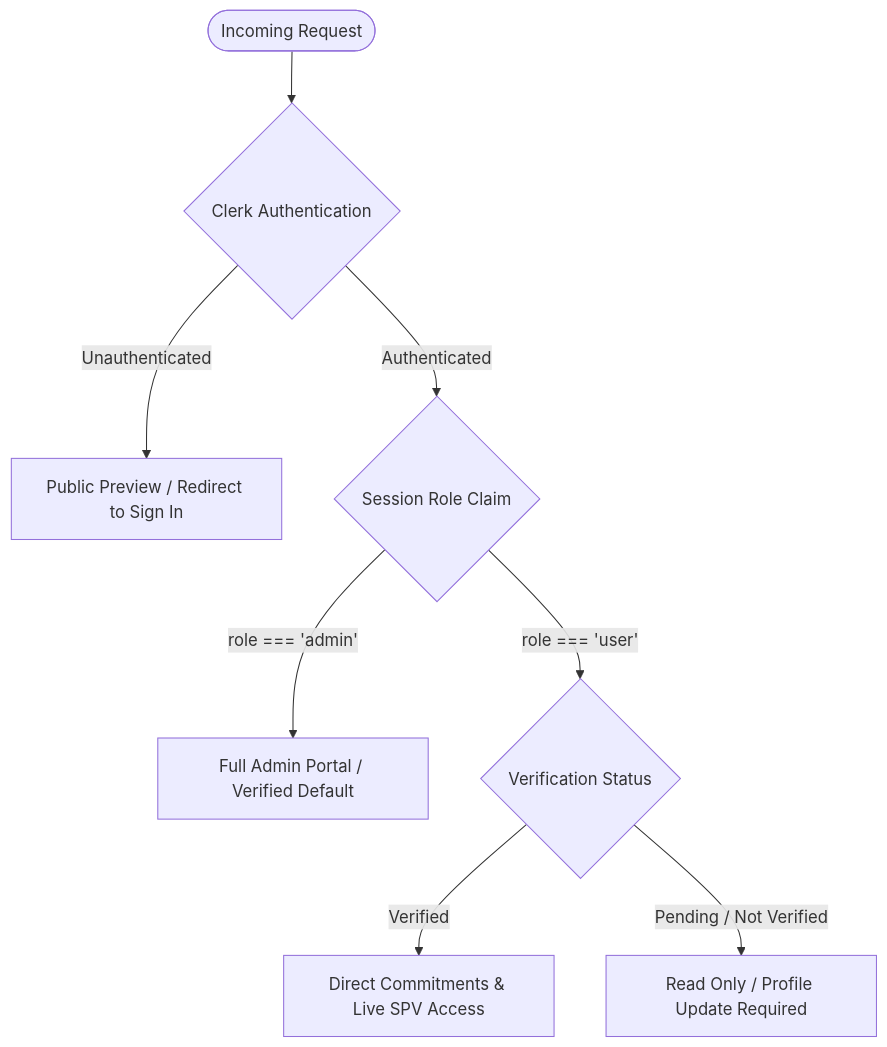
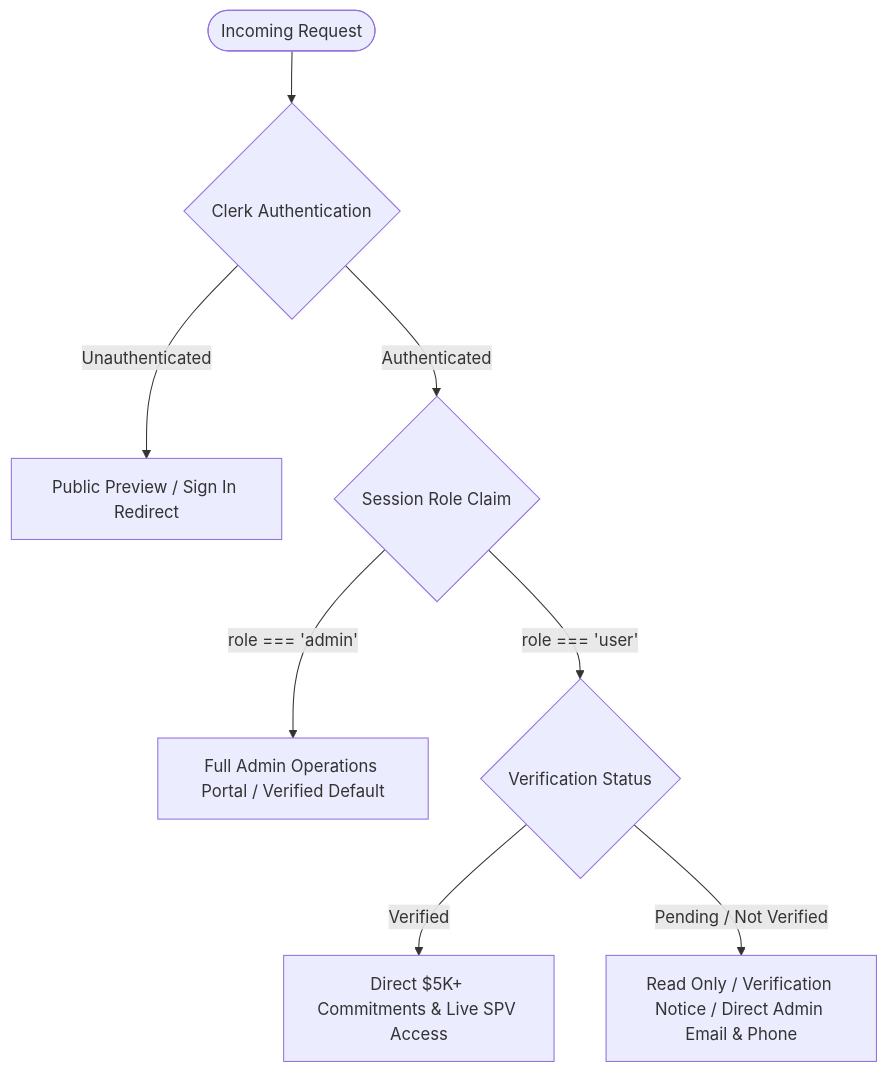
The first of 2 diagrams in DOCUMENTATION.md (apexkrishbackend/apexkrishcapital), drawn with Mermaid before and after one commit. The commit also changed other lines of this file and 1 other file, not shown here.

````diff
--- a/DOCUMENTATION.md
+++ b/DOCUMENTATION.md
@@ -159,10 +240,10 @@
 ```mermaid
 flowchart TD
     User([Incoming Request]) --> AuthGuard{Clerk Authentication}
-    AuthGuard -- Unauthenticated --> PublicView[Public Preview / Redirect to Sign In]
+    AuthGuard -- Unauthenticated --> PublicView[Public Preview / Sign In Redirect]
     AuthGuard -- Authenticated --> ClaimCheck{Session Role Claim}
-    ClaimCheck -- role === 'admin' --> AdminAccess[Full Admin Portal / Verified Default]
+    ClaimCheck -- role === 'admin' --> AdminAccess[Full Admin Operations Portal / Verified Default]
     ClaimCheck -- role === 'user' --> UserStatus{Verification Status}
-    UserStatus -- Verified --> FullDealRoom[Direct Commitments & Live SPV Access]
-    UserStatus -- Pending / Not Verified --> LimitedRoom[Read Only / Profile Update Required]
+    UserStatus -- Verified --> FullDealRoom[Direct $5K+ Commitments & Live SPV Access]
+    UserStatus -- Pending / Not Verified --> LimitedRoom[Read Only / Verification Notice / Direct Admin Email & Phone]
 ```
````
